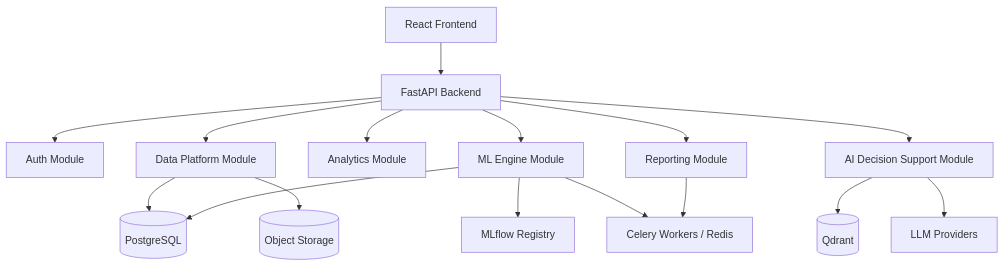
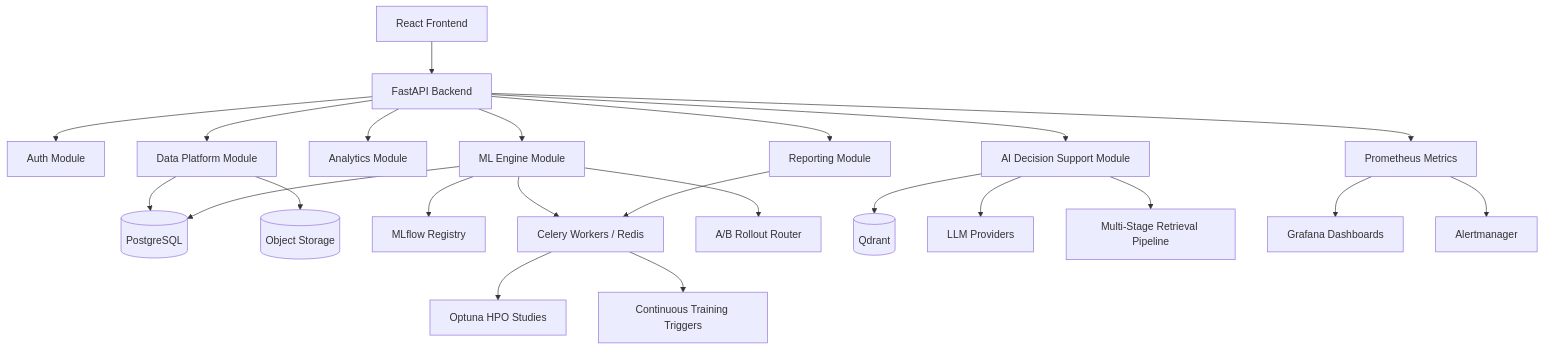
One commit to SubhranshuPan/medintel-ai changed the diagram in docs/02_TRD.md. Above: the diagram before and after it, drawn with Mermaid. The commit also changed other lines of this file and 4 other files, not shown here.

First line of the commit message:
docs(architecture): update TRD, PRD, Scope, App Flow, Backend Design for full platform scope

````diff
--- a/docs/02_TRD.md
+++ b/docs/02_TRD.md
@@ -48,18 +61,25 @@
 ```mermaid
 flowchart TD
 A[React Frontend] --> B[FastAPI Backend]
 B --> C[Auth Module]
 B --> D[Data Platform Module]
 B --> E[Analytics Module]
 B --> F[ML Engine Module]
 B --> G[AI Decision Support Module]
 B --> H[Reporting Module]
 D --> I[(PostgreSQL)]
 D --> J[(Object Storage)]
 F --> I
 F --> K[MLflow Registry]
 F --> L[Celery Workers / Redis]
+L --> O[Optuna HPO Studies]
+L --> P[Continuous Training Triggers]
+F --> Q[A/B Rollout Router]
 G --> M[(Qdrant)]
 G --> N[LLM Providers]
+G --> R[Multi-Stage Retrieval Pipeline]
 H --> L
+B --> S[Prometheus Metrics]
+S --> T[Grafana Dashboards]
+S --> U[Alertmanager]
 ```
````
